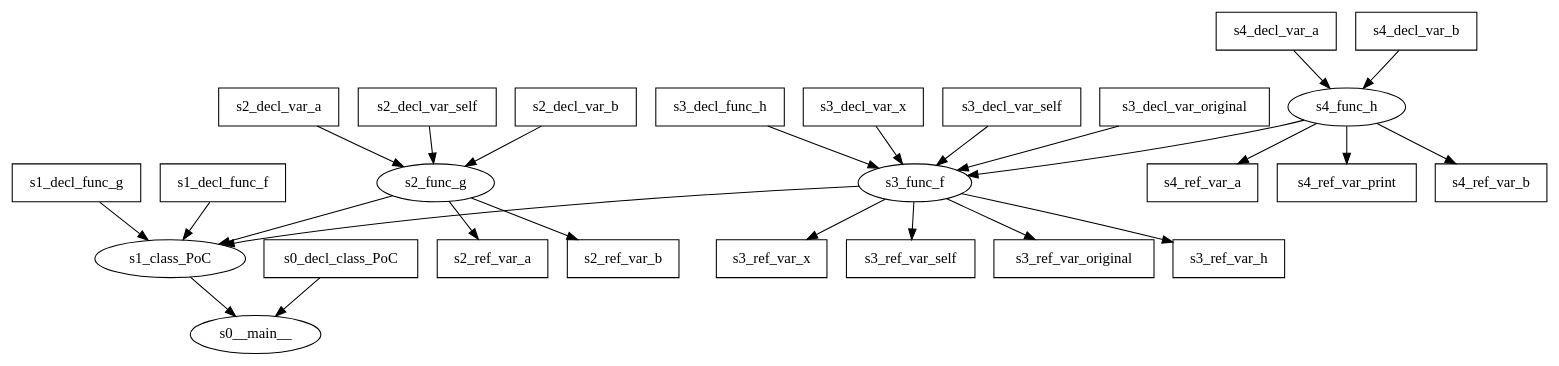
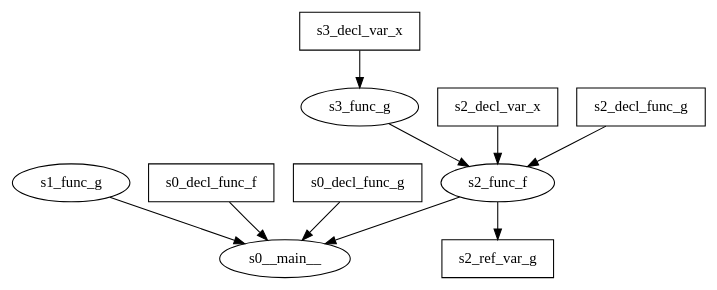
Before and after one commit to denisG99/ATCNS-Supply-Chain-Attack: the diagram in src/evaluation/scope-graphs/class-eval.gv, drawn with Graphviz. The commit also changed 3 other files, not shown here.

```diff
--- a/src/evaluation/scope-graphs/class-eval.gv
+++ b/src/evaluation/scope-graphs/class-eval.gv
@@ -1,53 +1,21 @@
 digraph {
 	s0__main__
-	s1_class_PoC
-	s2_func_g
-	s3_func_f
-	s4_func_h
-	s1_class_PoC -> s0__main__
-	s2_func_g -> s1_class_PoC
-	s3_func_f -> s1_class_PoC
-	s4_func_h -> s3_func_f
-	s0_decl_class_PoC [shape=box]
-	s0_decl_class_PoC -> s0__main__
-	s1_decl_func_f [shape=box]
-	s1_decl_func_f -> s1_class_PoC
-	s1_decl_func_g [shape=box]
-	s1_decl_func_g -> s1_class_PoC
-	s2_decl_var_a [shape=box]
-	s2_decl_var_a -> s2_func_g
-	s2_decl_var_self [shape=box]
-	s2_decl_var_self -> s2_func_g
-	s2_decl_var_b [shape=box]
-	s2_decl_var_b -> s2_func_g
-	s3_decl_func_h [shape=box]
-	s3_decl_func_h -> s3_func_f
+	s1_func_g
+	s2_func_f
+	s3_func_g
+	s1_func_g -> s0__main__
+	s2_func_f -> s0__main__
+	s3_func_g -> s2_func_f
+	s0_decl_func_f [shape=box]
+	s0_decl_func_f -> s0__main__
+	s0_decl_func_g [shape=box]
+	s0_decl_func_g -> s0__main__
+	s2_decl_var_x [shape=box]
+	s2_decl_var_x -> s2_func_f
+	s2_decl_func_g [shape=box]
+	s2_decl_func_g -> s2_func_f
 	s3_decl_var_x [shape=box]
-	s3_decl_var_x -> s3_func_f
-	s3_decl_var_self [shape=box]
-	s3_decl_var_self -> s3_func_f
-	s3_decl_var_original [shape=box]
-	s3_decl_var_original -> s3_func_f
-	s4_decl_var_a [shape=box]
-	s4_decl_var_a -> s4_func_h
-	s4_decl_var_b [shape=box]
-	s4_decl_var_b -> s4_func_h
-	s2_ref_var_a [shape=box]
-	s2_func_g -> s2_ref_var_a
-	s2_ref_var_b [shape=box]
-	s2_func_g -> s2_ref_var_b
-	s3_ref_var_x [shape=box]
-	s3_func_f -> s3_ref_var_x
-	s3_ref_var_self [shape=box]
-	s3_func_f -> s3_ref_var_self
-	s3_ref_var_original [shape=box]
-	s3_func_f -> s3_ref_var_original
-	s3_ref_var_h [shape=box]
-	s3_func_f -> s3_ref_var_h
-	s4_ref_var_a [shape=box]
-	s4_func_h -> s4_ref_var_a
-	s4_ref_var_print [shape=box]
-	s4_func_h -> s4_ref_var_print
-	s4_ref_var_b [shape=box]
-	s4_func_h -> s4_ref_var_b
+	s3_decl_var_x -> s3_func_g
+	s2_ref_var_g [shape=box]
+	s2_func_f -> s2_ref_var_g
 }
```
